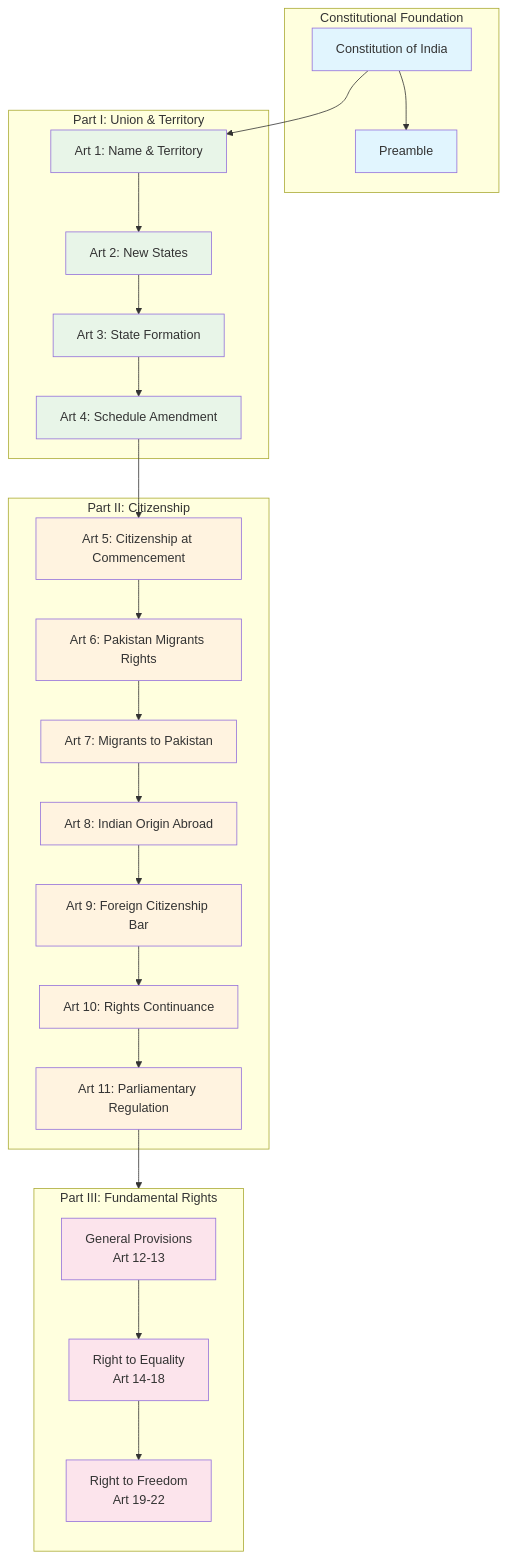
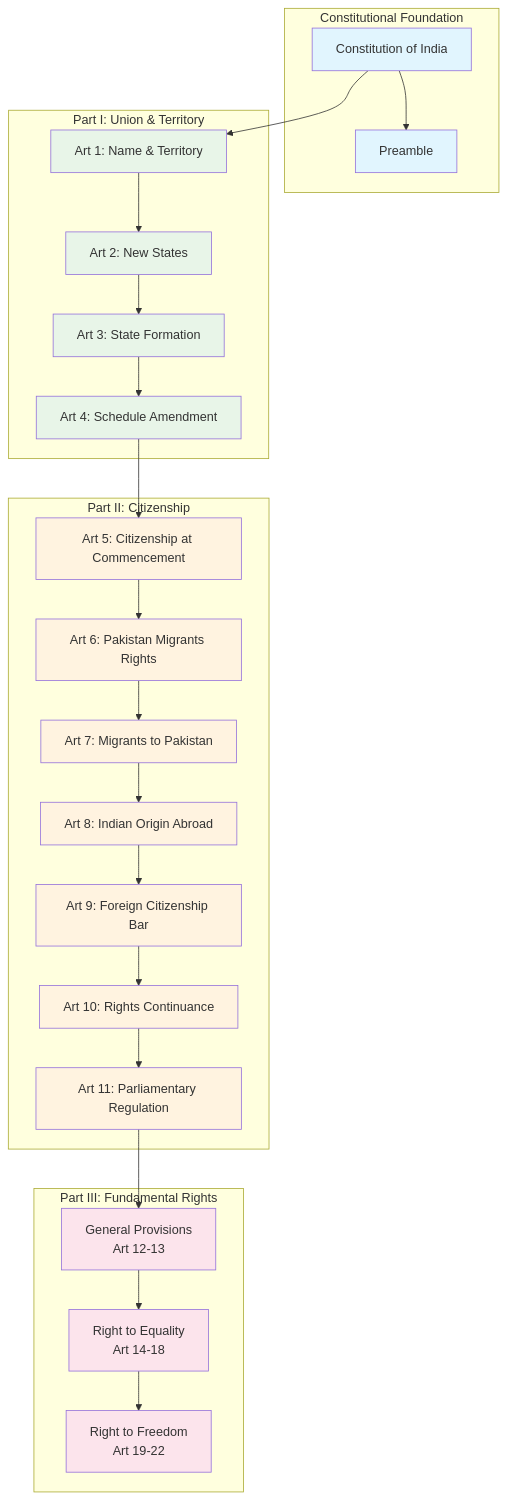
Before and after one commit to before-i-go/law-diagrams: the diagram in Mermaid01/M01_constitutional_structure.md, drawn with Mermaid. The commit also changed 1 other file, not shown here.

Commit message:
progress at 20250922185242

````diff
--- a/Mermaid01/M01_constitutional_structure.md
+++ b/Mermaid01/M01_constitutional_structure.md
@@ -9,58 +9,57 @@
 ```mermaid
 graph TD
     subgraph "Constitutional Foundation"
         A[Constitution of India]
         B[Preamble]
     end
     
     subgraph "Part I: Union & Territory"
         C1[Art 1: Name & Territory]
         C2[Art 2: New States]
         C3[Art 3: State Formation]
         C4[Art 4: Schedule Amendment]
     end
     
     subgraph "Part II: Citizenship"
         D1[Art 5: Citizenship at Commencement]
         D2[Art 6: Pakistan Migrants Rights]
         D3[Art 7: Migrants to Pakistan]
         D4[Art 8: Indian Origin Abroad]
         D5[Art 9: Foreign Citizenship Bar]
         D6[Art 10: Rights Continuance]
         D7[Art 11: Parliamentary Regulation]
     end
     
     subgraph "Part III: Fundamental Rights"
-        direction TD
         E1[General Provisions<br/>Art 12-13]
         E2[Right to Equality<br/>Art 14-18]
         E3[Right to Freedom<br/>Art 19-22]
         
         E1 --> E2
         E2 --> E3
     end
     
     A --> B
     A --> C1
     C1 --> C2
     C2 --> C3
     C3 --> C4
     C4 --> D1
     D1 --> D2
     D2 --> D3
     D3 --> D4
     D4 --> D5
     D5 --> D6
     D6 --> D7
     D7 --> E1
     
     classDef foundation fill:#e1f5fe
     classDef territory fill:#e8f5e8
     classDef citizenship fill:#fff3e0
     classDef rights fill:#fce4ec
     
     class A,B foundation
     class C1,C2,C3,C4 territory
     class D1,D2,D3,D4,D5,D6,D7 citizenship
     class E1,E2,E3 rights
 ```
````
